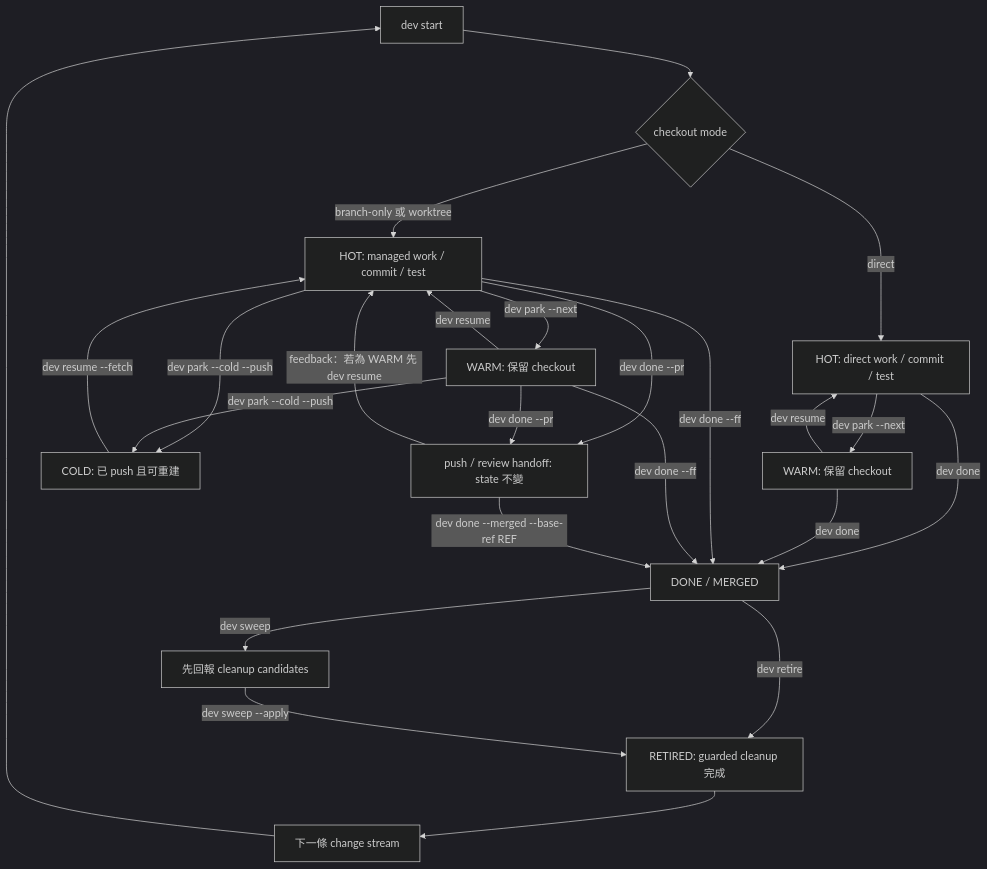
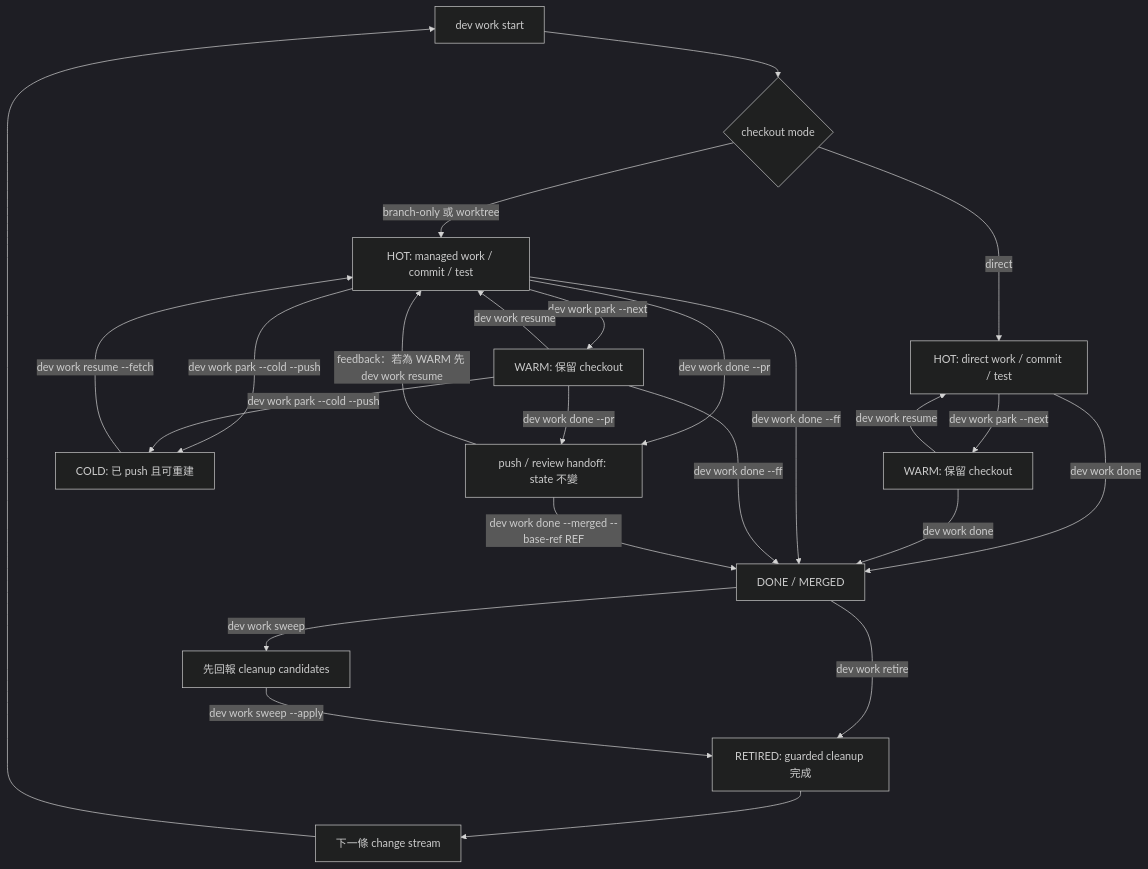
The diagram in docs/guides/change-stream-workflow.zh-TW.md (daviddwlee84/dev-cli), drawn with Mermaid (dark theme) before and after one commit. The commit also changed other lines of this file and 171 other files, not shown here.

````diff
--- a/docs/guides/change-stream-workflow.zh-TW.md
+++ b/docs/guides/change-stream-workflow.zh-TW.md
@@ -20,33 +20,33 @@
 ```mermaid
 flowchart TD
     accTitle: dev-cli 變更流工作流程
     accDescr: 變更流以 direct、branch-only 或 worktree mode 開始，並在 active work、park 與 resume 之間循環。Direct completion、本機 fast-forward 或明確 merge verification 會進入 DONE；review 保持原 state；Retire 另行 cleanup。
 
-    Start["dev start"] --> Mode{"checkout mode"}
+    Start["dev work start"] --> Mode{"checkout mode"}
     Mode -->|direct| Direct["HOT: direct work / commit / test"]
     Mode -->|branch-only 或 worktree| Managed["HOT: managed work / commit / test"]
 
-    Direct -->|dev park --next| WarmDirect["WARM: 保留 checkout"]
-    WarmDirect -->|dev resume| Direct
-    Managed -->|dev park --next| WarmManaged["WARM: 保留 checkout"]
-    WarmManaged -->|dev resume| Managed
-    Managed -->|dev park --cold --push| Cold["COLD: 已 push 且可重建"]
-    WarmManaged -->|dev park --cold --push| Cold
-    Cold -->|dev resume --fetch| Managed
+    Direct -->|dev work park --next| WarmDirect["WARM: 保留 checkout"]
+    WarmDirect -->|dev work resume| Direct
+    Managed -->|dev work park --next| WarmManaged["WARM: 保留 checkout"]
+    WarmManaged -->|dev work resume| Managed
+    Managed -->|dev work park --cold --push| Cold["COLD: 已 push 且可重建"]
+    WarmManaged -->|dev work park --cold --push| Cold
+    Cold -->|dev work resume --fetch| Managed
 
-    Direct -->|dev done| Done["DONE / MERGED"]
-    WarmDirect -->|dev done| Done
-    Managed -->|dev done --ff| Done
-    WarmManaged -->|dev done --ff| Done
+    Direct -->|dev work done| Done["DONE / MERGED"]
+    WarmDirect -->|dev work done| Done
+    Managed -->|dev work done --ff| Done
+    WarmManaged -->|dev work done --ff| Done
 
-    Managed -->|dev done --pr| Review["push / review handoff: state 不變"]
-    WarmManaged -->|dev done --pr| Review
-    Review -->|feedback：若為 WARM 先 dev resume| Managed
-    Review -->|dev done --merged --base-ref REF| Done
+    Managed -->|dev work done --pr| Review["push / review handoff: state 不變"]
+    WarmManaged -->|dev work done --pr| Review
+    Review -->|feedback：若為 WARM 先 dev work resume| Managed
+    Review -->|dev work done --merged --base-ref REF| Done
 
-    Done -->|dev retire| Retired["RETIRED: guarded cleanup 完成"]
-    Done -->|dev sweep| Report["先回報 cleanup candidates"]
-    Report -->|dev sweep --apply| Retired
+    Done -->|dev work retire| Retired["RETIRED: guarded cleanup 完成"]
+    Done -->|dev work sweep| Report["先回報 cleanup candidates"]
+    Report -->|dev work sweep --apply| Retired
     Retired --> Next["下一條 change stream"]
     Next --> Start
 ```
````
